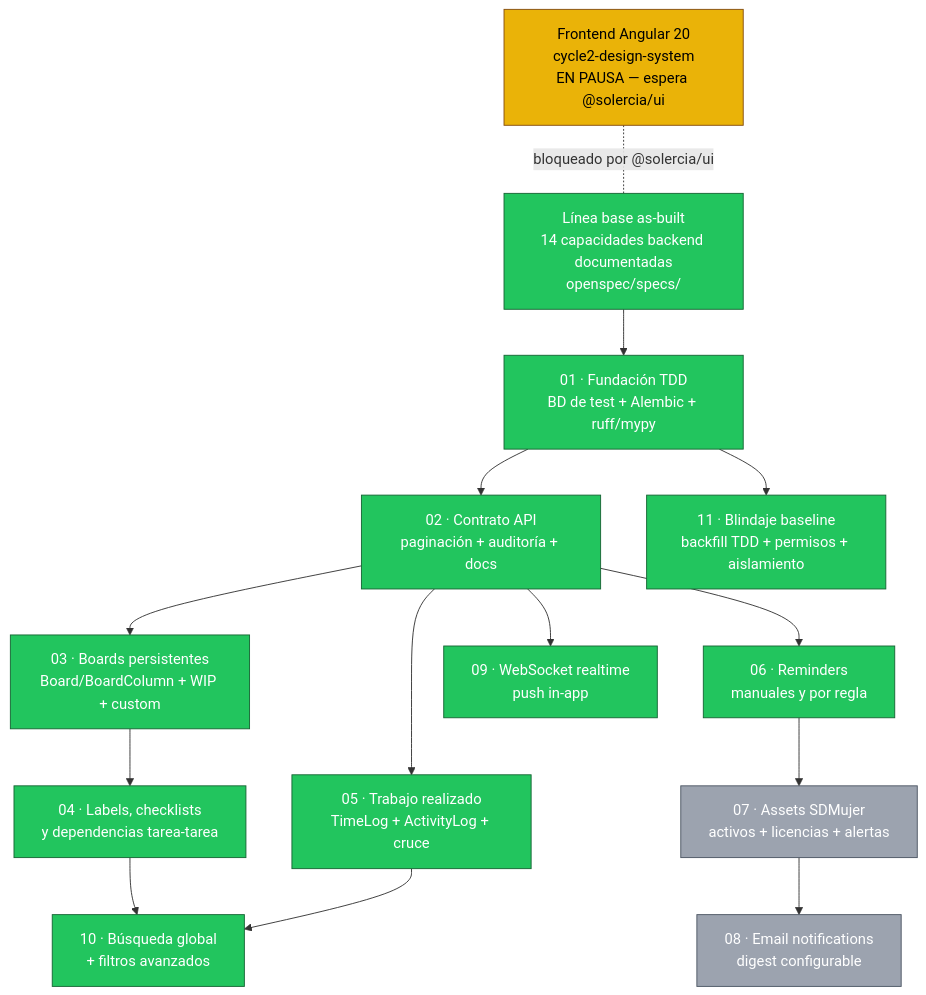
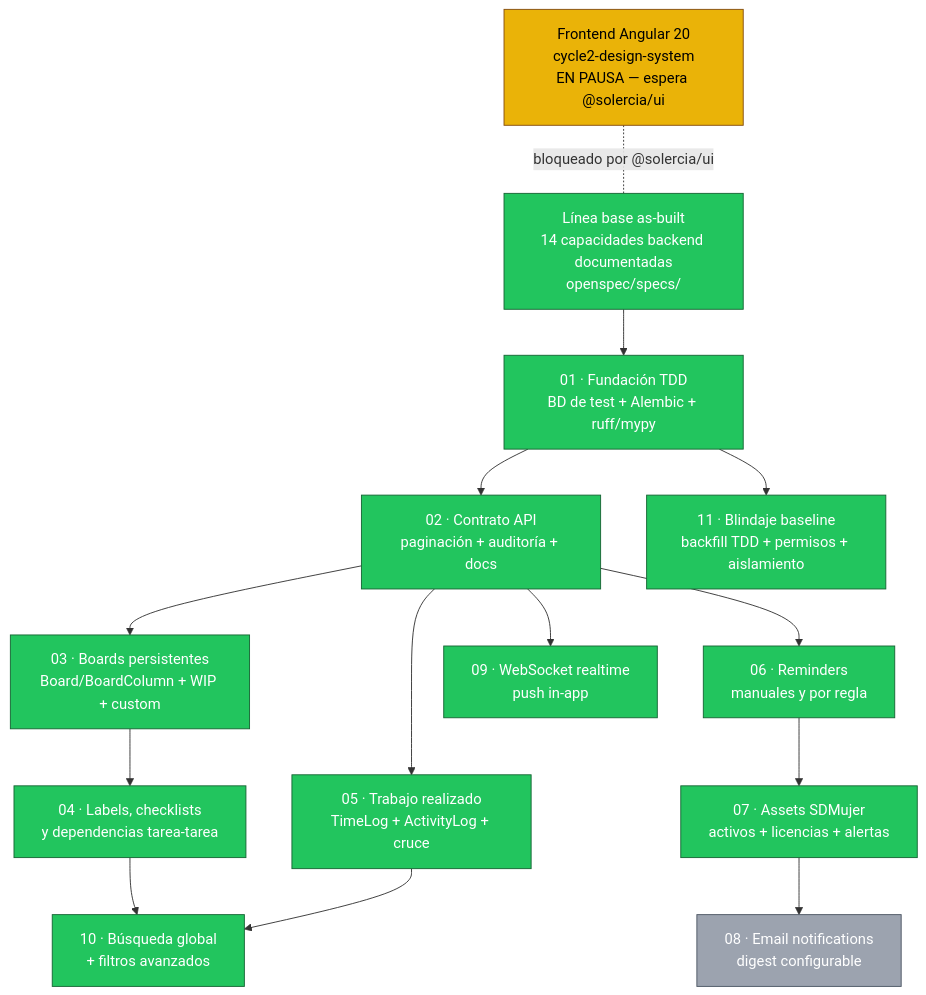
The diagram in openspec/AVANCE.md (solercia-solutions/solercia-command), drawn with Mermaid before and after one commit. The commit also changed other lines of this file and 11 other files, not shown here.

````diff
--- a/openspec/AVANCE.md
+++ b/openspec/AVANCE.md
@@ -9,47 +9,48 @@
 ```mermaid
 flowchart TD
     B0["Línea base as-built<br/>14 capacidades backend documentadas<br/>openspec/specs/"]
 
     C01["01 · Fundación TDD<br/>BD de test + Alembic + ruff/mypy"]
     C02["02 · Contrato API<br/>paginación + auditoría + docs"]
     C03["03 · Boards persistentes<br/>Board/BoardColumn + WIP + custom"]
     C04["04 · Labels, checklists<br/>y dependencias tarea-tarea"]
     C05["05 · Trabajo realizado<br/>TimeLog + ActivityLog + cruce"]
     C11["11 · Blindaje baseline<br/>backfill TDD + permisos + aislamiento"]
     C06["06 · Reminders<br/>manuales y por regla"]
     C07["07 · Assets SDMujer<br/>activos + licencias + alertas"]
     C08["08 · Email notifications<br/>digest configurable"]
     C09["09 · WebSocket realtime<br/>push in-app"]
     C10["10 · Búsqueda global<br/>+ filtros avanzados"]
 
     FE["Frontend Angular 20<br/>cycle2-design-system<br/>EN PAUSA — espera @solercia/ui"]
 
     B0 --> C01
     C01 --> C02
     C01 --> C11
     C02 --> C03 --> C04
     C02 --> C05
     C02 --> C06 --> C07 --> C08
     C02 --> C09
     C04 --> C10
     C05 --> C10
 
     FE -.bloqueado por @solercia/ui.- B0
 
     class B0 done
     class C01 done
     class C02 done
     class C03 done
     class C04 done
     class C05 done
     class C06 done
+    class C07 done
     class C09 done
     class C10 done
     class C11 done
     class FE inprogress
-    class C07,C08 pending
+    class C08 pending
 
     classDef done fill:#22c55e,stroke:#166534,color:#ffffff
     classDef inprogress fill:#eab308,stroke:#854d0e,color:#000000
     classDef pending fill:#9ca3af,stroke:#4b5563,color:#ffffff
 ```
````
